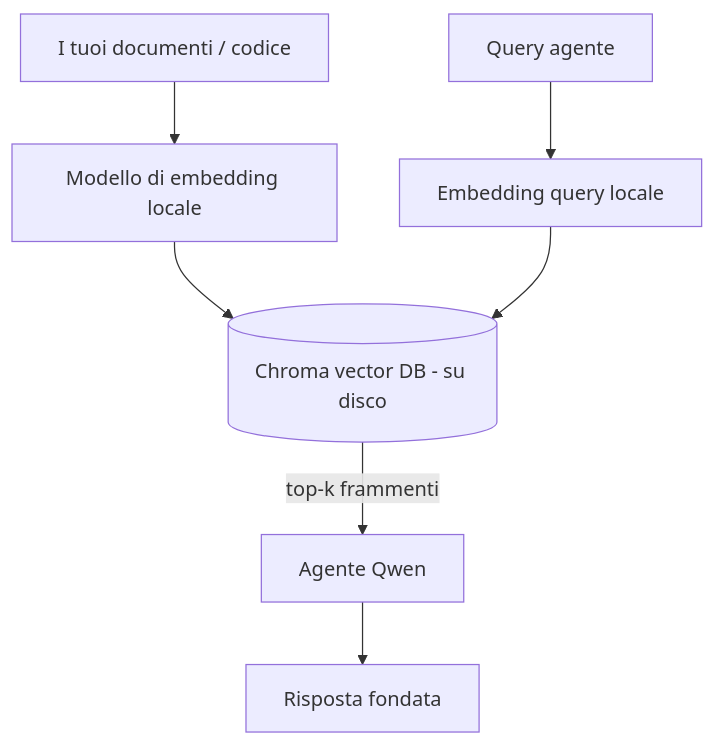
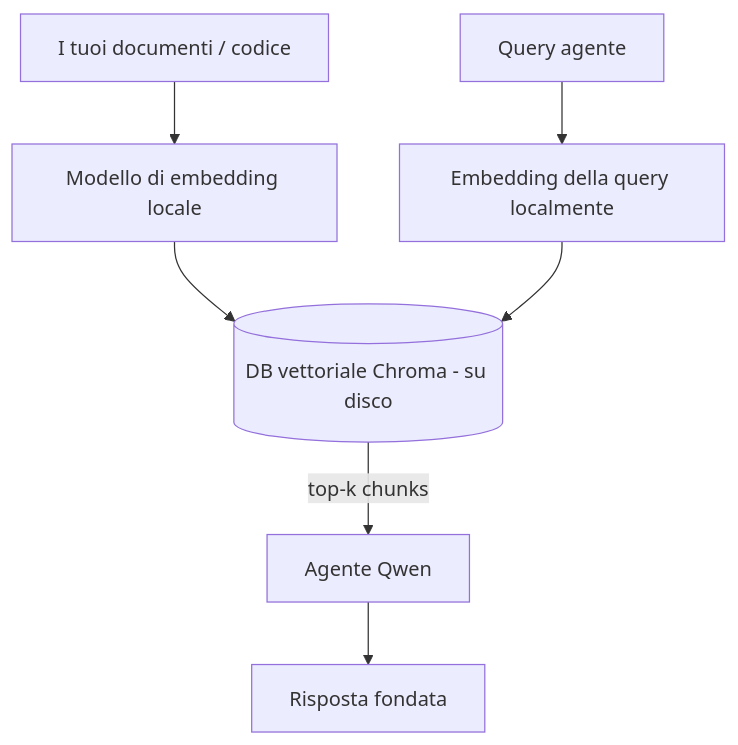
Before and after one commit to microsoft/ai-agents-for-beginners: the third of 4 diagrams in translations/it/17-creating-local-ai-agents/README.md, drawn with Mermaid. The commit also changed other lines of this file and 47 other files, not shown here.

````diff
--- a/translations/it/17-creating-local-ai-agents/README.md
+++ b/translations/it/17-creating-local-ai-agents/README.md
@@ -125,9 +125,9 @@
 ```mermaid
 flowchart TB
     D[I tuoi documenti / codice] --> E[Modello di embedding locale]
-    E --> V[(Chroma vector DB - su disco)]
-    Q[Query agente] --> QE[Embedding query locale]
+    E --> V[(DB vettoriale Chroma - su disco)]
+    Q[Query agente] --> QE[Embedding della query localmente]
     QE --> V
-    V -->|top-k frammenti| A[Agente Qwen]
+    V -->|top-k chunks| A[Agente Qwen]
     A --> Ans[Risposta fondata]
 ```
````
